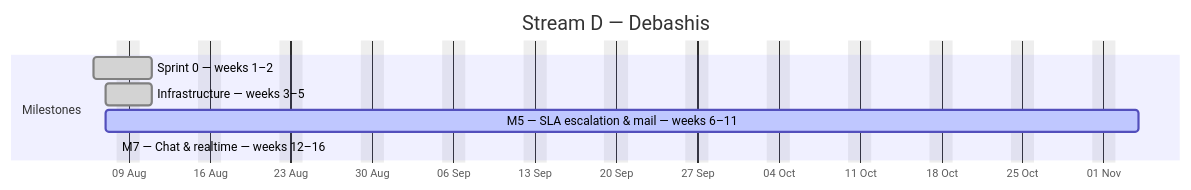
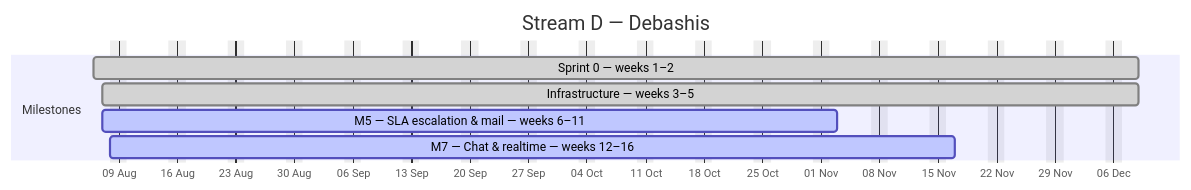
Before and after one commit to debashisedunext/EduTrack: the fourth of 4 diagrams in docs/plan/GANTT.md, drawn with Mermaid. The commit also changed other lines of this file and 3 other files, not shown here.

````diff
--- a/docs/plan/GANTT.md
+++ b/docs/plan/GANTT.md
@@ -169,12 +169,12 @@
 ```mermaid
 gantt
     dateFormat YYYY-MM-DD
     axisFormat %d %b
     title Stream D — Debashis
     excludes weekends
     section Milestones
-    Sprint 0 — weeks 1–2 :done, d0, 2026-08-06, 3d
-    Infrastructure — weeks 3–5 :done, d1, 2026-08-07, 2d
-    M5 — SLA  escalation & mail — weeks 6–11 :active, d2, 2026-08-07, 63d
-    M7 — Chat & realtime — weeks 12–16 :active, d3, 2026-08-08, -14d
+    Sprint 0 — weeks 1–2 :done, d0, 2026-08-06, 89d
+    Infrastructure — weeks 3–5 :done, d1, 2026-08-07, 88d
+    M5 — SLA  escalation & mail — weeks 6–11 :active, d2, 2026-08-07, 62d
+    M7 — Chat & realtime — weeks 12–16 :active, d3, 2026-08-08, 72d
 ```
````
